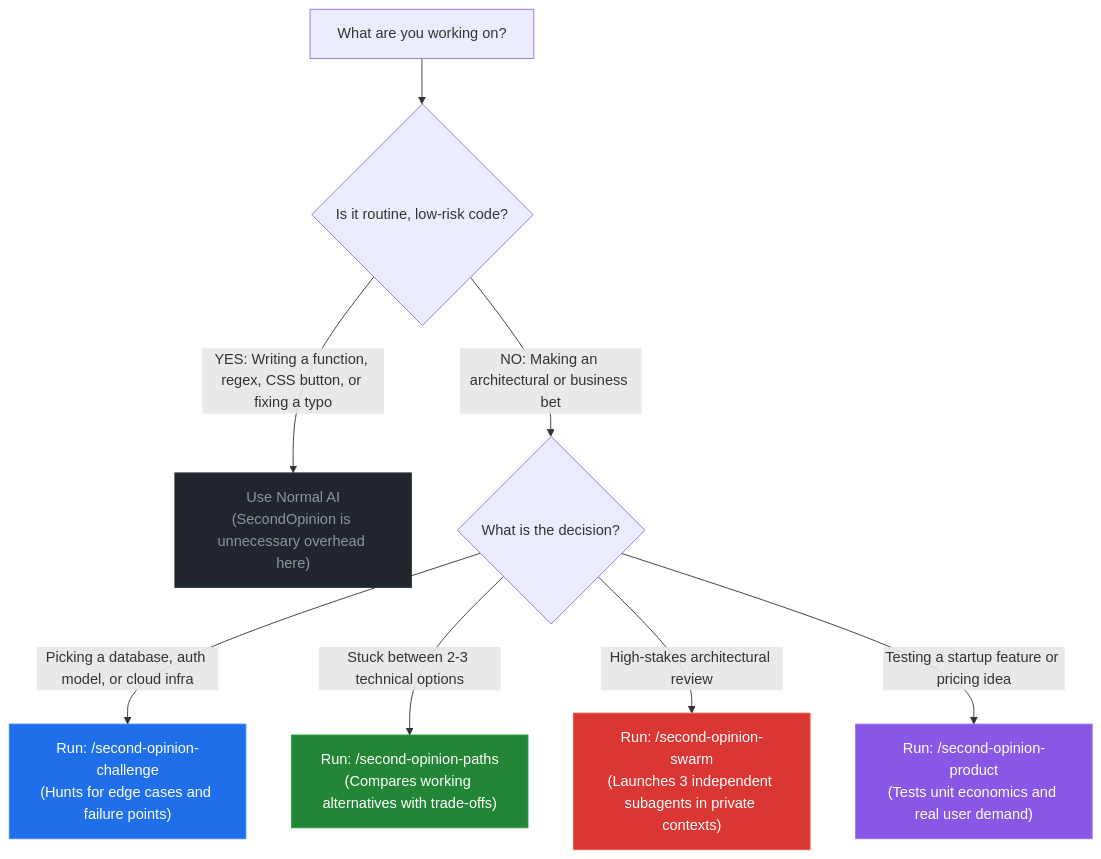
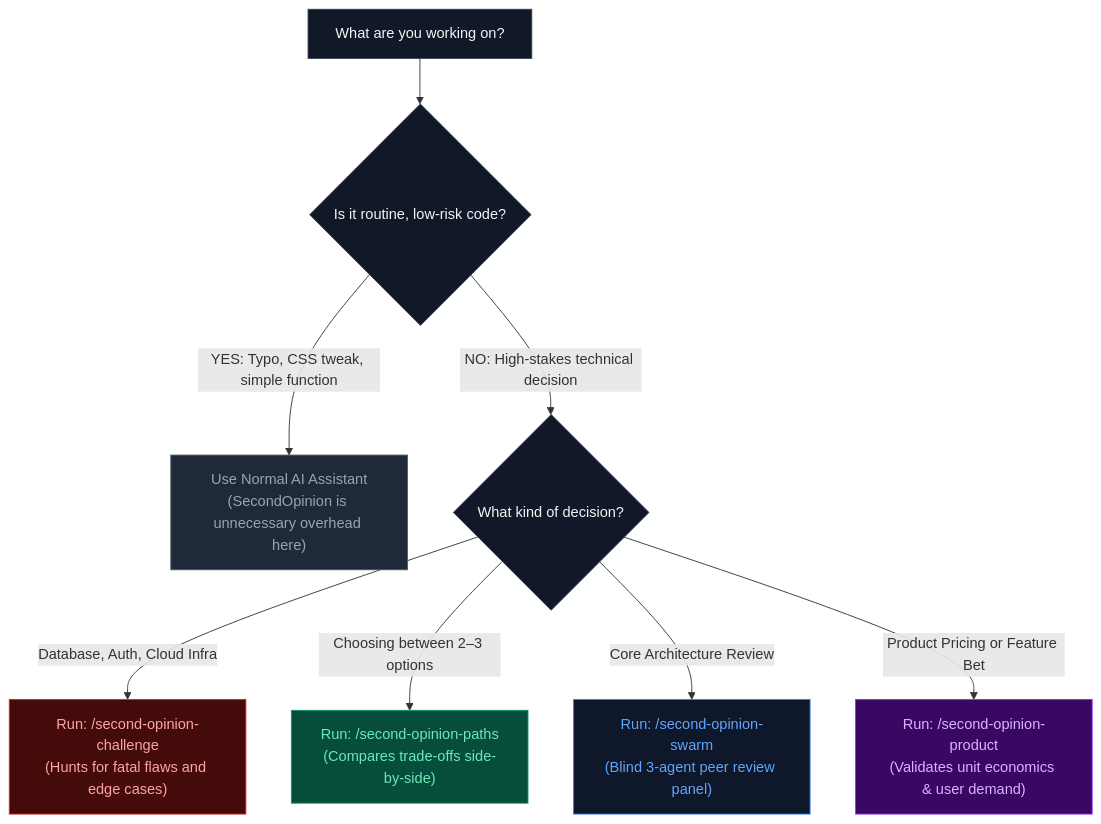
Before and after one commit to SvayMonirath/second-opionion: the first of 2 diagrams in README.md, drawn with Mermaid. The commit also changed other lines of this file and 2 other files, not shown here.

Commit message:
docs: remove fake licensing, add universal multi-agent install, and redesign benchmark chart with Linear/Stripe styling

````diff
--- a/README.md
+++ b/README.md
@@ -70,19 +70,26 @@
 ```mermaid
 flowchart TD
-    A["What are you working on?"] --> B{"Is it routine, low-risk code?"}
+    Start["What are you working on?"] --> CheckRoutine{"Is it routine, low-risk code?"}
     
-    B -- "YES: Writing a function, regex, CSS button, or fixing a typo" --> C["Use Normal AI\n(SecondOpinion is unnecessary overhead here)"]
+    CheckRoutine -- "YES: Typo, CSS tweak, simple function" --> Solo["Use Normal AI Assistant\n(SecondOpinion is unnecessary overhead here)"]
     
-    B -- "NO: Making an architectural or business bet" --> D{"What is the decision?"}
+    CheckRoutine -- "NO: High-stakes technical decision" --> RouteType{"What kind of decision?"}
     
-    D -- "Picking a database, auth model, or cloud infra" --> E["Run: /second-opinion-challenge\n(Hunts for edge cases and failure points)"]
-    D -- "Stuck between 2-3 technical options" --> F["Run: /second-opinion-paths\n(Compares working alternatives with trade-offs)"]
-    D -- "High-stakes architectural review" --> G["Run: /second-opinion-swarm\n(Launches 3 independent subagents in private contexts)"]
-    D -- "Testing a startup feature or pricing idea" --> H["Run: /second-opinion-product\n(Tests unit economics and real user demand)"]
+    RouteType -- "Database, Auth, Cloud Infra" --> RedTeam["Run: /second-opinion-challenge\n(Hunts for fatal flaws and edge cases)"]
+    RouteType -- "Choosing between 2–3 options" --> Paths["Run: /second-opinion-paths\n(Compares trade-offs side-by-side)"]
+    RouteType -- "Core Architecture Review" --> Swarm["Run: /second-opinion-swarm\n(Blind 3-agent peer review panel)"]
+    RouteType -- "Product Pricing or Feature Bet" --> Product["Run: /second-opinion-product\n(Validates unit economics & user demand)"]
     
-    style C fill:#21262d,stroke:#30363d,color:#8b949e
-    style E fill:#1f6feb,stroke:#388bfd,color:#ffffff
-    style F fill:#238636,stroke:#2ea043,color:#ffffff
-    style G fill:#da3633,stroke:#f85149,color:#ffffff
-    style H fill:#8957e5,stroke:#a371f7,color:#ffffff
+    classDef default fill:#111827,stroke:#374151,color:#f3f4f6;
+    classDef neutral fill:#1f2937,stroke:#4b5563,color:#9ca3af;
+    classDef accent fill:#0f172a,stroke:#3b82f6,color:#60a5fa;
+    classDef success fill:#064e3b,stroke:#059669,color:#6ee7b7;
+    classDef danger fill:#450a0a,stroke:#dc2626,color:#fca5a5;
+    classDef purple fill:#3b0764,stroke:#9333ea,color:#d8b4fe;
+    
+    class Solo neutral;
+    class RedTeam danger;
+    class Paths success;
+    class Swarm accent;
+    class Product purple;
 ```
````
